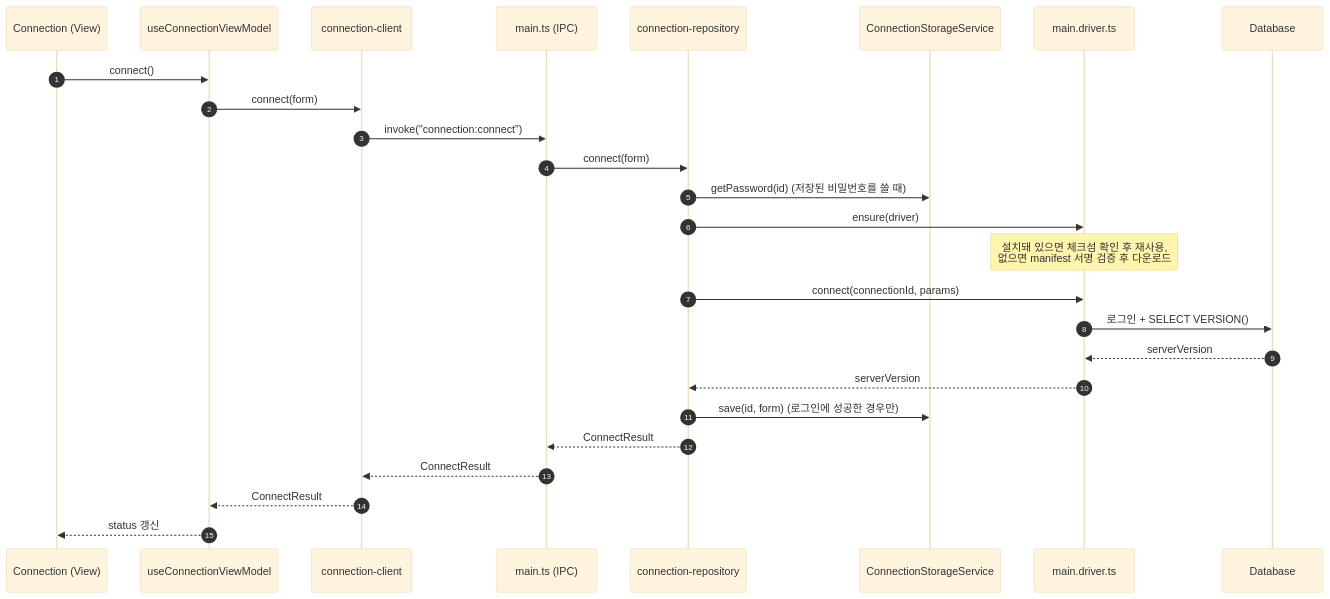
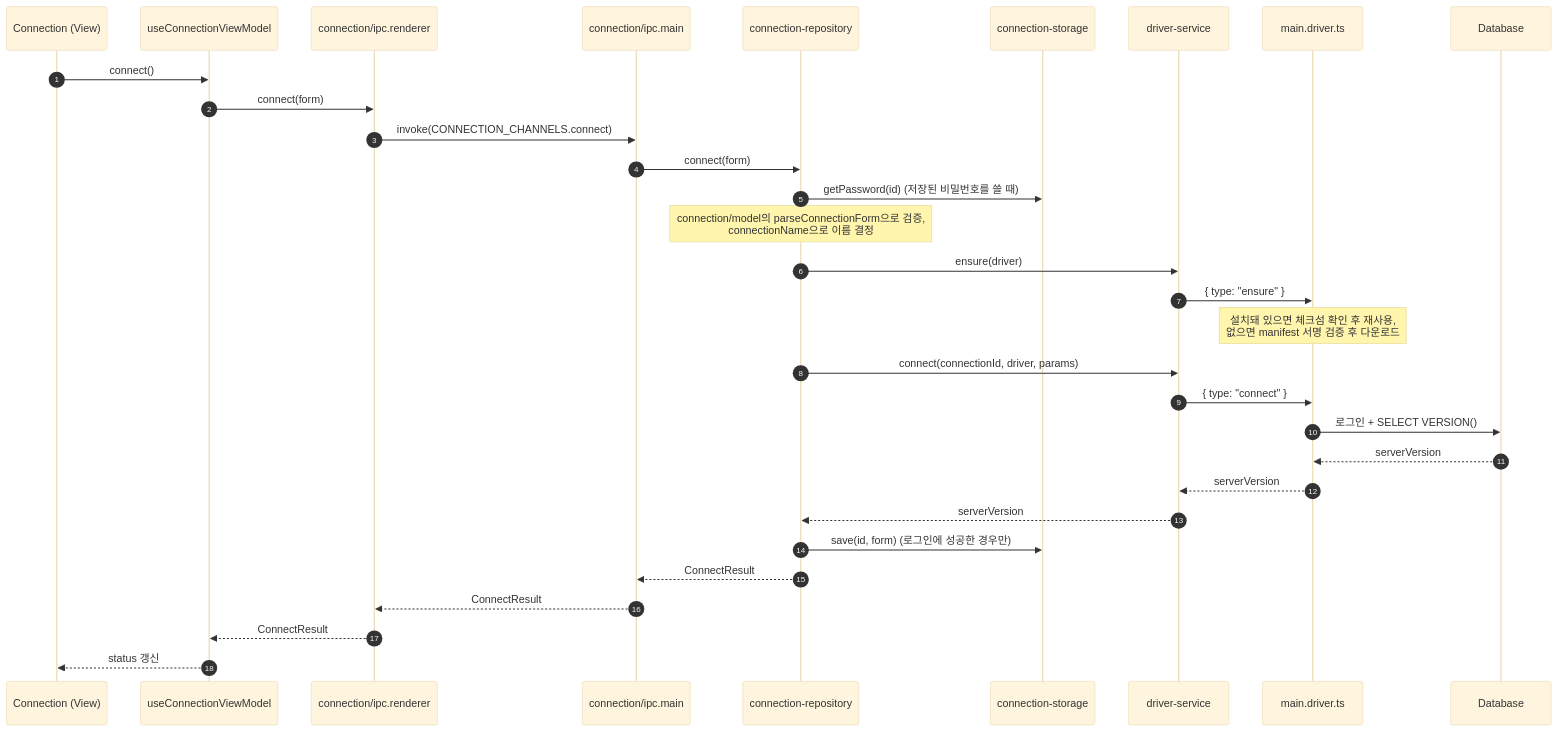
One commit to dimsssss/data-pump changed the third of 3 diagrams in docs/architecture.md. Above: the diagram before and after it, drawn with Mermaid (base theme). The commit also changed other lines of this file and 101 other files, not shown here.

````diff
--- a/docs/architecture.md
+++ b/docs/architecture.md
@@ -174,29 +196,34 @@
 ```mermaid
 sequenceDiagram
   autonumber
   participant View as Connection (View)
   participant VM as useConnectionViewModel
-  participant Client as connection-client
-  participant Main as main.ts (IPC)
+  participant Api as connection/ipc.renderer
+  participant Main as connection/ipc.main
   participant Repo as connection-repository
-  participant Storage as ConnectionStorageService
+  participant Storage as connection-storage
+  participant DrvSvc as driver-service
   participant Worker as main.driver.ts
   participant DB as Database
 
   View->>VM: connect()
-  VM->>Client: connect(form)
-  Client->>Main: invoke("connection:connect")
+  VM->>Api: connect(form)
+  Api->>Main: invoke(CONNECTION_CHANNELS.connect)
   Main->>Repo: connect(form)
   Repo->>Storage: getPassword(id) (저장된 비밀번호를 쓸 때)
-  Repo->>Worker: ensure(driver)
+  Note over Repo: connection/model의 parseConnectionForm으로 검증,<br/>connectionName으로 이름 결정
+  Repo->>DrvSvc: ensure(driver)
+  DrvSvc->>Worker: { type: "ensure" }
   Note over Worker: 설치돼 있으면 체크섬 확인 후 재사용,<br/>없으면 manifest 서명 검증 후 다운로드
-  Repo->>Worker: connect(connectionId, params)
+  Repo->>DrvSvc: connect(connectionId, driver, params)
+  DrvSvc->>Worker: { type: "connect" }
   Worker->>DB: 로그인 + SELECT VERSION()
   DB-->>Worker: serverVersion
-  Worker-->>Repo: serverVersion
+  Worker-->>DrvSvc: serverVersion
+  DrvSvc-->>Repo: serverVersion
   Repo->>Storage: save(id, form) (로그인에 성공한 경우만)
   Repo-->>Main: ConnectResult
-  Main-->>Client: ConnectResult
-  Client-->>VM: ConnectResult
+  Main-->>Api: ConnectResult
+  Api-->>VM: ConnectResult
   VM-->>View: status 갱신
 ```
````
